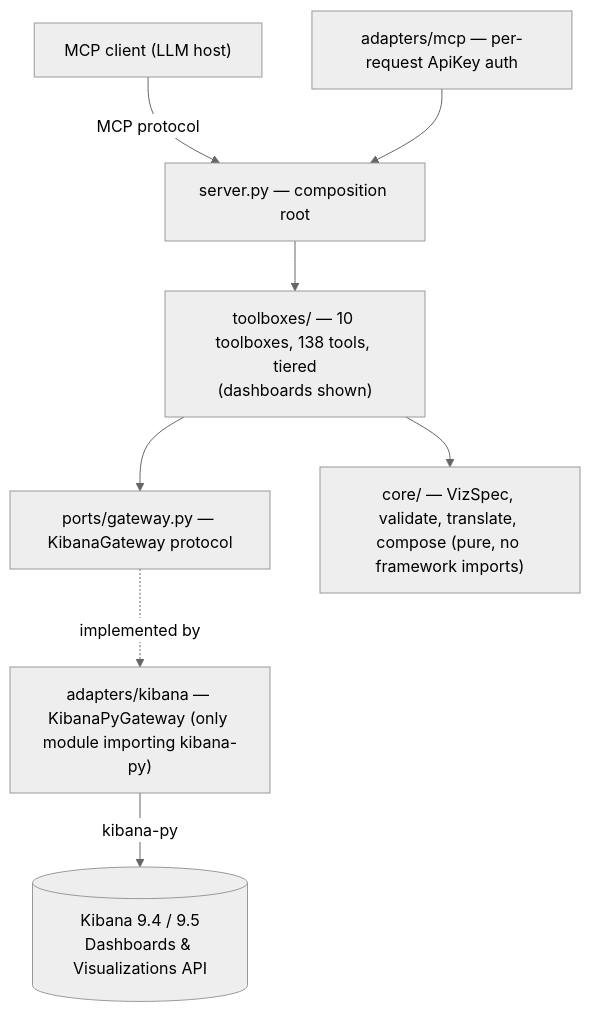
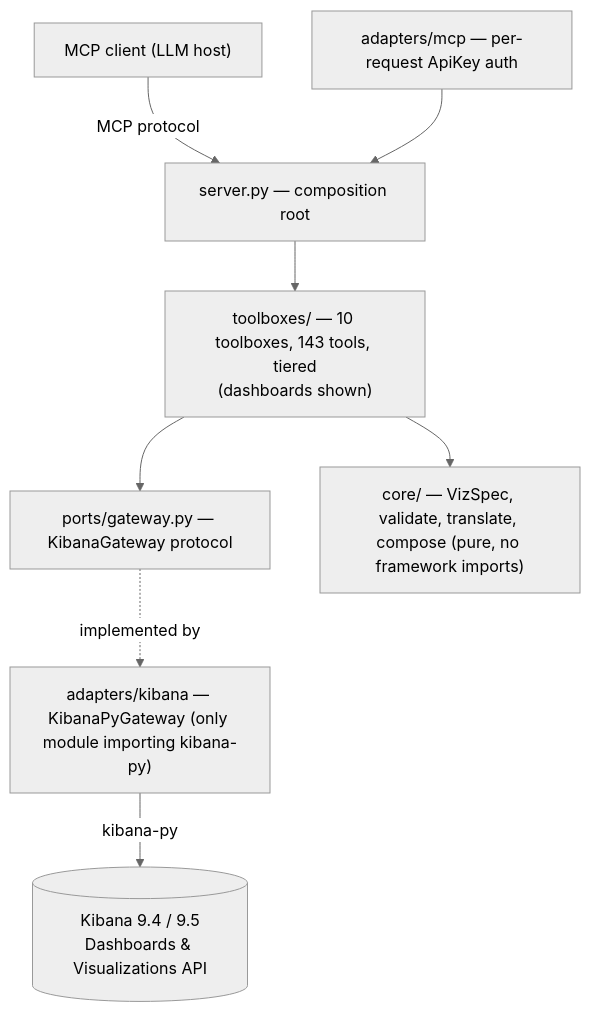
Before and after one commit to pedro-angel/mcp-for-kibana: the second of 4 diagrams in docs/architecture.md, drawn with Mermaid (neutral theme). The commit also changed other lines of this file and 33 other files, not shown here.

````diff
--- a/docs/architecture.md
+++ b/docs/architecture.md
@@ -47,10 +47,10 @@
 ```mermaid
 flowchart TD
     Client["MCP client (LLM host)"] -->|MCP protocol| Server
     AuthAdapter["adapters/mcp — per-request ApiKey auth"] --> Server
-    Server["server.py — composition root"] --> Toolboxes["toolboxes/ — 10 toolboxes, 138 tools, tiered<br/>(dashboards shown)"]
+    Server["server.py — composition root"] --> Toolboxes["toolboxes/ — 10 toolboxes, 143 tools, tiered<br/>(dashboards shown)"]
     Toolboxes --> Ports["ports/gateway.py — KibanaGateway protocol"]
     Toolboxes --> Core["core/ — VizSpec, validate, translate, compose (pure, no framework imports)"]
     Ports -. implemented by .-> KibanaAdapter["adapters/kibana — KibanaPyGateway (only module importing kibana-py)"]
     KibanaAdapter -->|kibana-py| Kibana[("Kibana 9.4 / 9.5\nDashboards & Visualizations API")]
 ```
````
